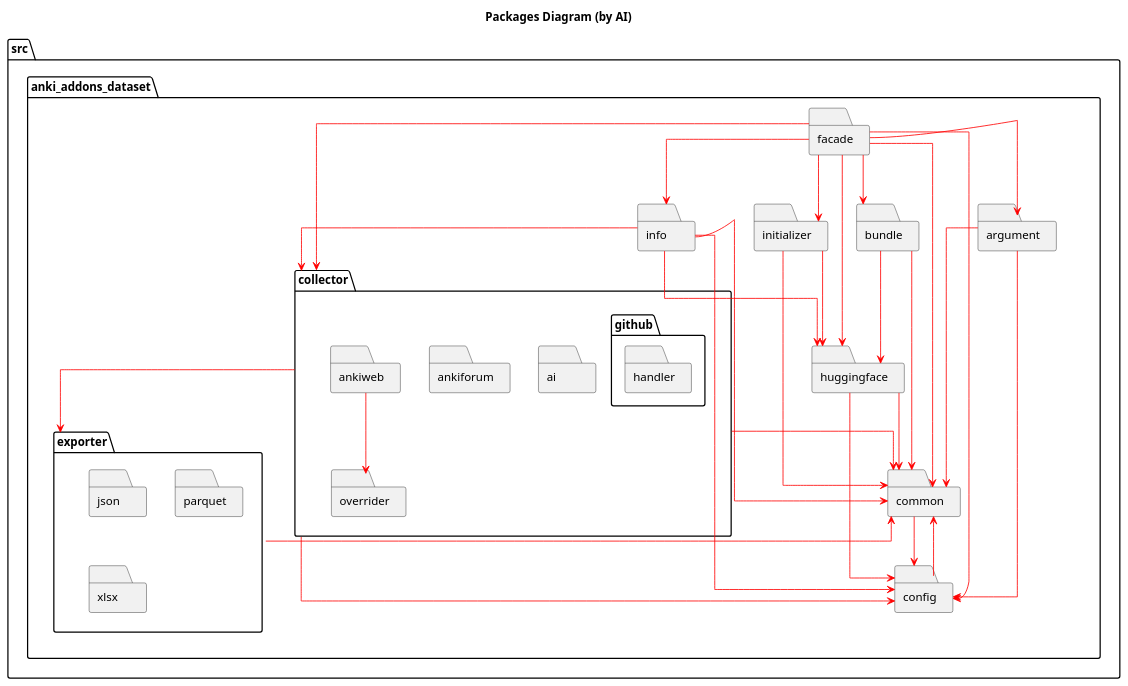
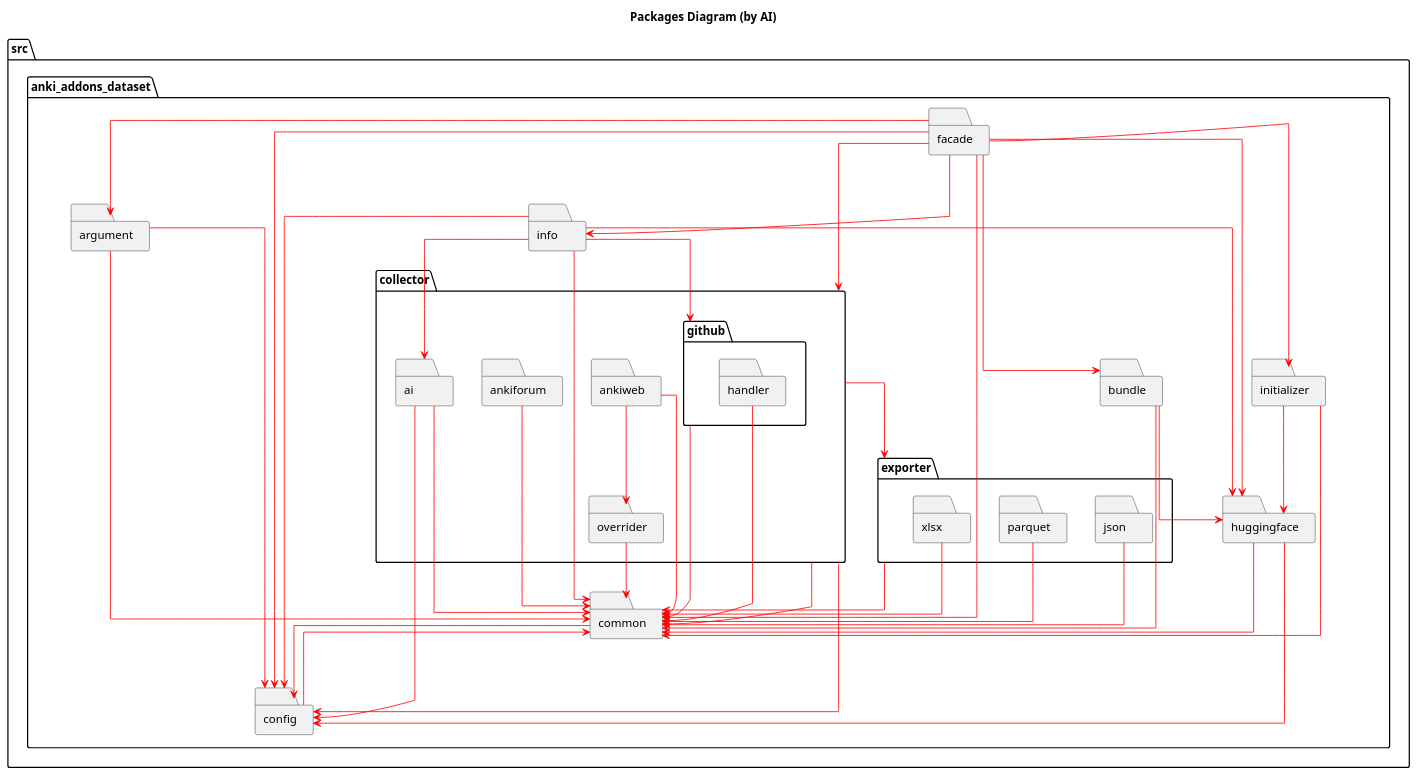
The diagram in doc/uml/ai/packages.puml (Aleks-Ya/anki-addons-dataset), drawn with PlantUML before and after one commit. The commit also changed 5 other files, not shown here.

Commit message:
Add skill update-uml-diagrams

```diff
--- a/doc/uml/ai/packages.puml
+++ b/doc/uml/ai/packages.puml
@@ -1,72 +1,88 @@
 @startuml
 
 title Packages Diagram (by AI)
 
 skinparam linetype ortho
 skinparam ArrowColor red
 
 folder src {
     folder anki_addons_dataset {
         folder argument
         folder bundle
         folder collector {
             folder ai
             folder ankiforum
             folder ankiweb
             folder github {
                 folder handler
             }
             folder overrider
         }
         folder common
         folder config
         folder exporter {
             folder json
             folder parquet
             folder xlsx
         }
         folder facade
         folder huggingface
         folder info
         folder initializer
     }
 }
 
+ai --> common
+ai --> config
+
+ankiforum --> common
+
+ankiweb --> common
 ankiweb --> overrider
 
 argument --> common
 argument --> config
 
 bundle --> common
 bundle --> huggingface
 
 collector --> common
 collector --> config
 collector --> exporter
 
 common --> config
 config --> common
 
 exporter --> common
 
 facade --> argument
 facade --> bundle
 facade --> collector
 facade --> common
 facade --> config
 facade --> huggingface
 facade --> info
 facade --> initializer
 
+github --> common
+handler --> common
+
 huggingface --> common
 huggingface --> config
 
-info --> collector
+info --> ai
 info --> common
 info --> config
+info --> github
 info --> huggingface
 
 initializer --> common
 initializer --> huggingface
 
+json --> common
+parquet --> common
+xlsx --> common
+
+overrider --> common
+
 @enduml
```
